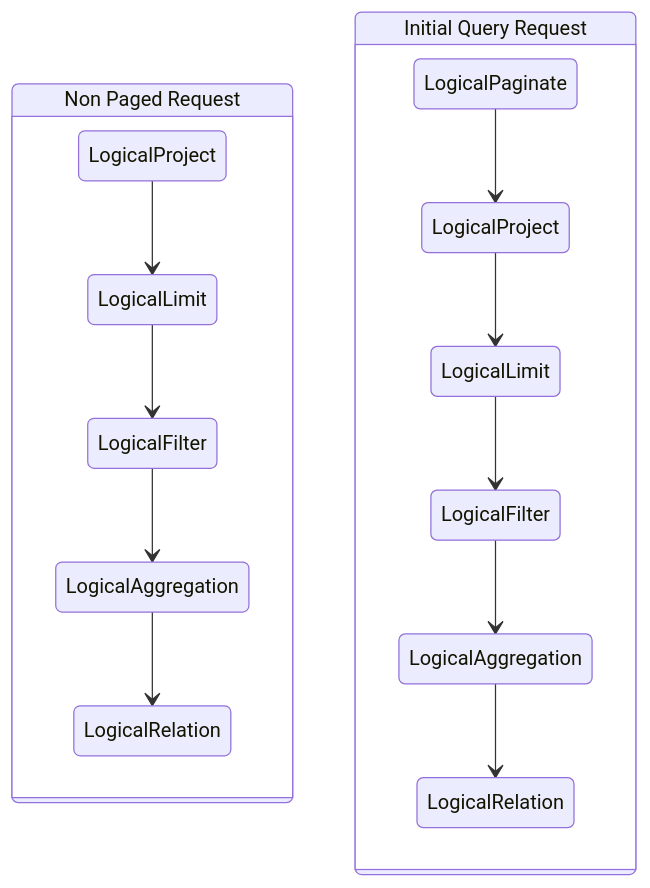
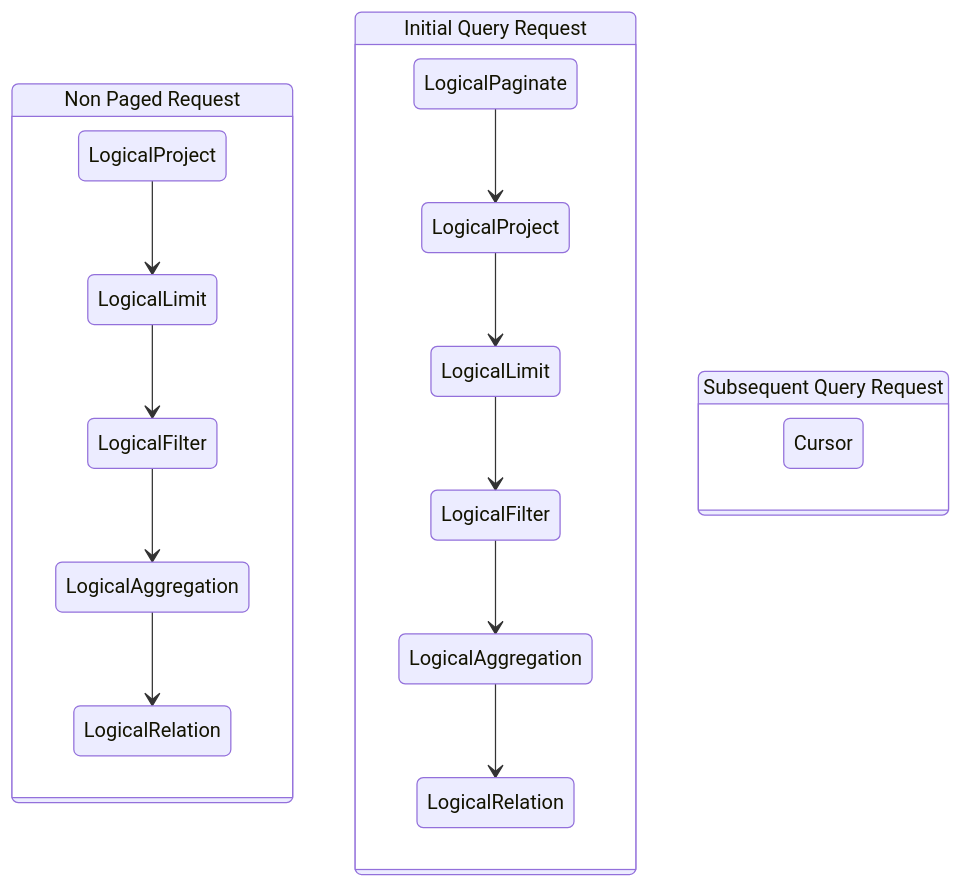
One commit to opensearch-project/sql changed the eighth of 18 diagrams in docs/dev/Pagination-v2.md. Above: the diagram before and after it, drawn with Mermaid. The commit also changed other lines of this file, not shown here.

````diff
--- a/docs/dev/Pagination-v2.md
+++ b/docs/dev/Pagination-v2.md
@@ -318,29 +290,33 @@
 ```mermaid
 stateDiagram-v2
   state "Non Paged Request" as NonPaged {
     state "LogicalProject" as ProjectNP
     state "LogicalLimit" as LimitNP
     state "LogicalFilter" as FilterNP
     state "LogicalAggregation" as AggregationNP
     state "LogicalRelation" as RelationNP
 
     ProjectNP --> LimitNP
     LimitNP --> FilterNP
     FilterNP --> AggregationNP
     AggregationNP --> RelationNP
   }
 
   state "Initial Query Request" as Paged {
     state "LogicalProject" as ProjectIP
     state "LogicalLimit" as LimitIP
     state "LogicalFilter" as FilterIP
     state "LogicalAggregation" as AggregationIP
     state "LogicalRelation" as RelationIP
 
     LogicalPaginate --> ProjectIP
     ProjectIP --> LimitIP
     LimitIP --> FilterIP
     FilterIP --> AggregationIP
     AggregationIP --> RelationIP
   }
+
+state "Subsequent Query Request" As Sub {
+Cursor
+}
 ```
````
